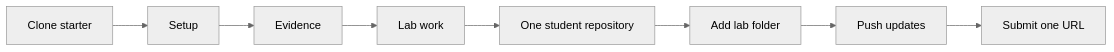
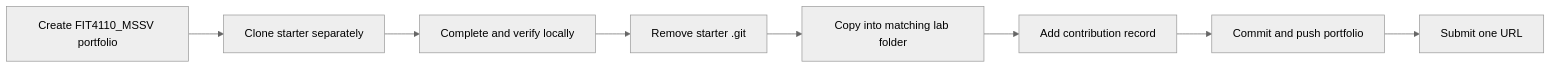
The first of 2 diagrams in 01_Getting_Started/COURSE_WORKFLOW.md (nhan-four/FIT4110_Student_Kit), drawn with Mermaid (neutral theme) before and after one commit. The commit also changed other lines of this file and 20 other files, not shown here.

Commit message:
docs: finalize student portfolio workflow

````diff
--- a/01_Getting_Started/COURSE_WORKFLOW.md
+++ b/01_Getting_Started/COURSE_WORKFLOW.md
@@ -5,4 +5,7 @@
 ```mermaid
 flowchart LR
-  C[Clone starter] --> S[Setup] --> E[Evidence] --> L[Lab work] --> R[One student repository] --> M[Add lab folder] --> P[Push updates] --> G[Submit one URL]
+  P["Create FIT4110_MSSV portfolio"] --> C["Clone starter separately"]
+  C --> W["Complete and verify locally"] --> X["Remove starter .git"]
+  X --> A["Copy into matching lab folder"] --> D["Add contribution record"]
+  D --> U["Commit and push portfolio"] --> S["Submit one URL"]
 ```
````
